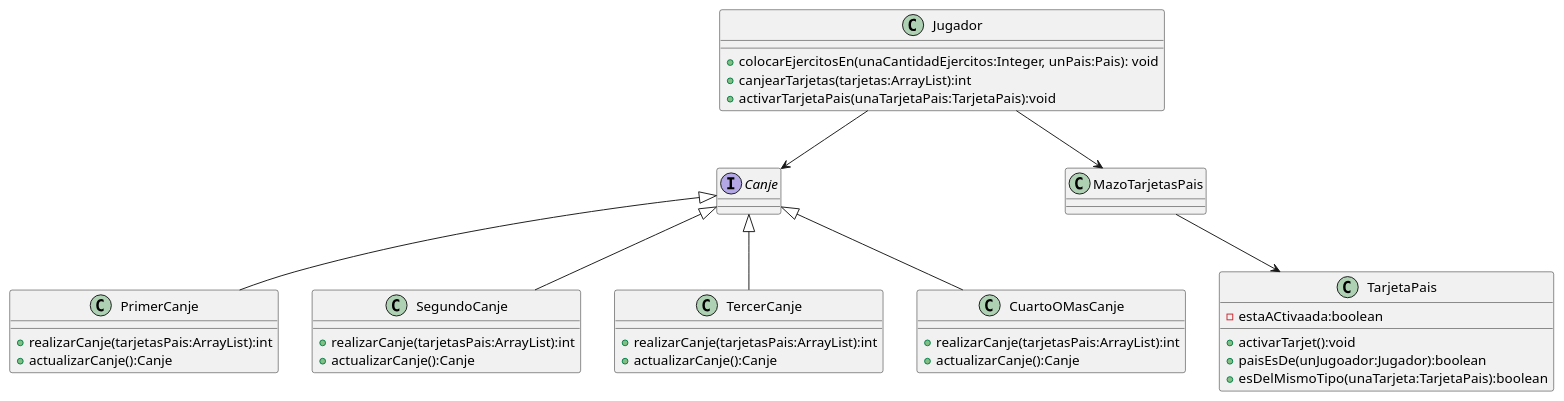
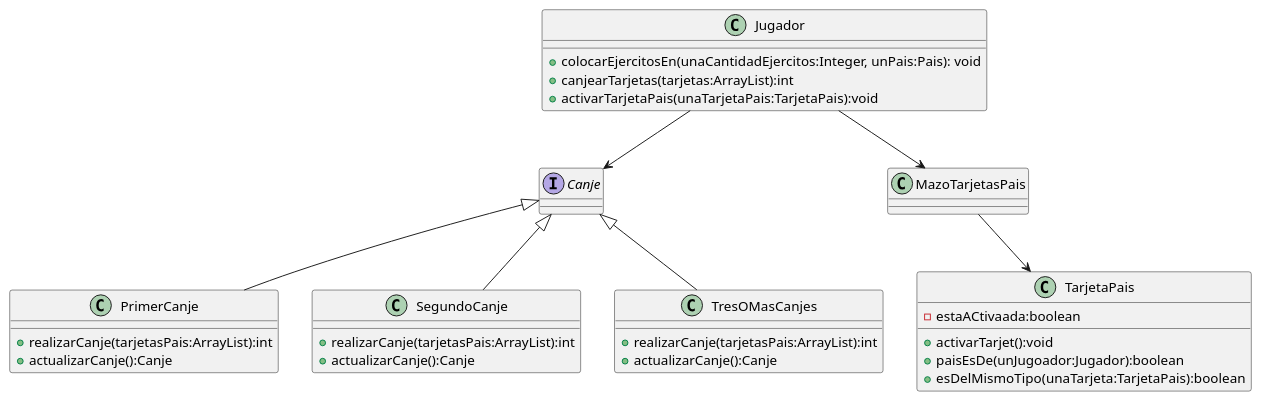
Before and after one commit to Cristianfca197/altego: the diagram in src/main/diagramas_puml/DiagramaDeClasesJugador.puml, drawn with PlantUML. The commit also changed 5 other files, not shown here.

Commit message:
Modificar clase CuatroCanjesOMas y eliminar TercerCanje

```diff
--- a/src/main/diagramas_puml/DiagramaDeClasesJugador.puml
+++ b/src/main/diagramas_puml/DiagramaDeClasesJugador.puml
@@ -1,44 +1,39 @@
 @startuml
 
 class Jugador{
     + colocarEjercitosEn(unaCantidadEjercitos:Integer, unPais:Pais): void
     +canjearTarjetas(tarjetas:ArrayList):int
     +activarTarjetaPais(unaTarjetaPais:TarjetaPais):void
 
 }
 interface Canje{
 }
 class PrimerCanje{
     + realizarCanje(tarjetasPais:ArrayList):int
     +actualizarCanje():Canje
 }
 class SegundoCanje{
     + realizarCanje(tarjetasPais:ArrayList):int
     +actualizarCanje():Canje
 }
-class TercerCanje{
-    + realizarCanje(tarjetasPais:ArrayList):int
-    +actualizarCanje():Canje
-}
-class CuartoOMasCanje{
+class TresOMasCanjes{
     + realizarCanje(tarjetasPais:ArrayList):int
     +actualizarCanje():Canje
 }
 class TarjetaPais{
     - estaACtivaada:boolean
     + activarTarjet():void
     + paisEsDe(unJugoador:Jugador):boolean
     + esDelMismoTipo(unaTarjeta:TarjetaPais):boolean
 }
 
 Jugador --> Canje
 Canje <|--PrimerCanje
 Canje <|--SegundoCanje
-Canje <|--TercerCanje
-Canje <|--CuartoOMasCanje
+Canje <|--TresOMasCanjes
 
 Jugador --> MazoTarjetasPais
 MazoTarjetasPais --> TarjetaPais
 
 
 @enduml
```
